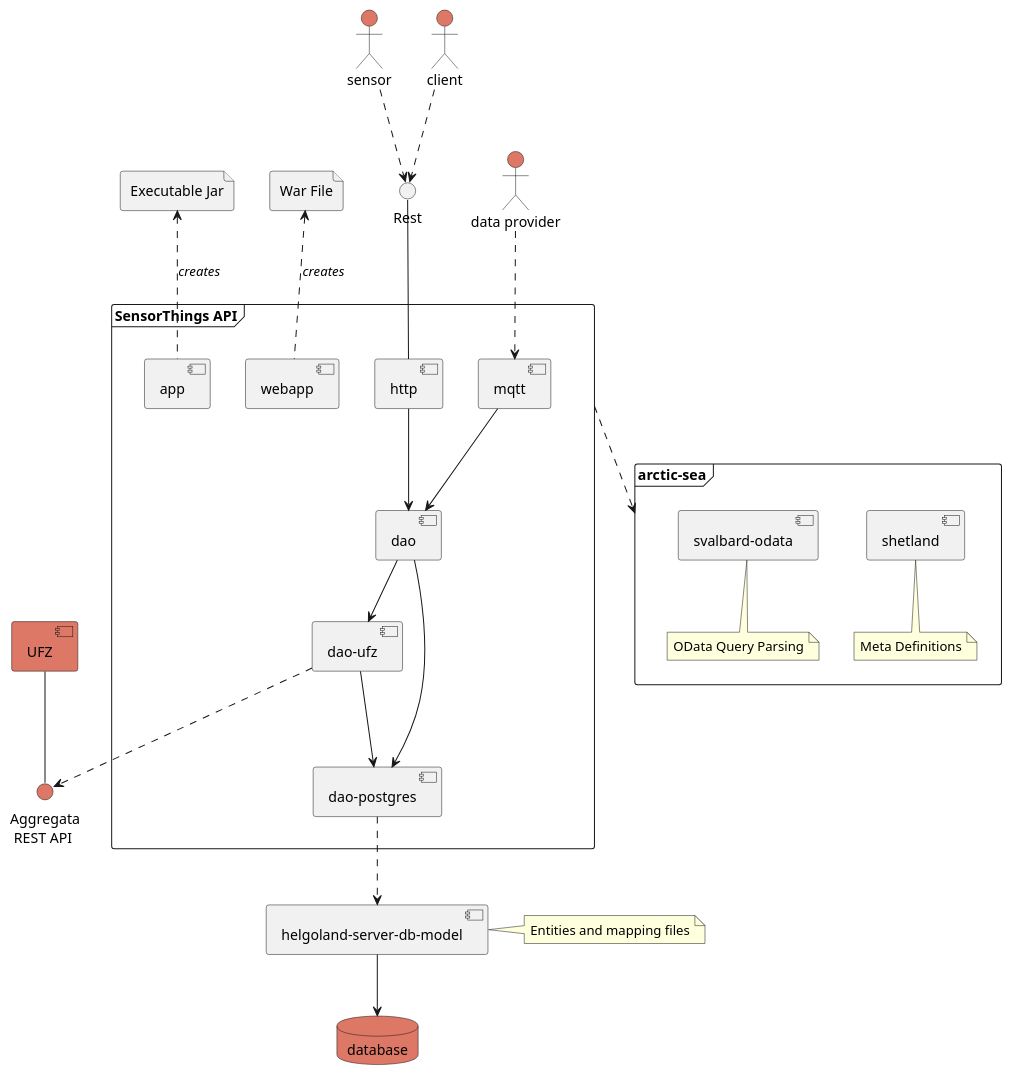
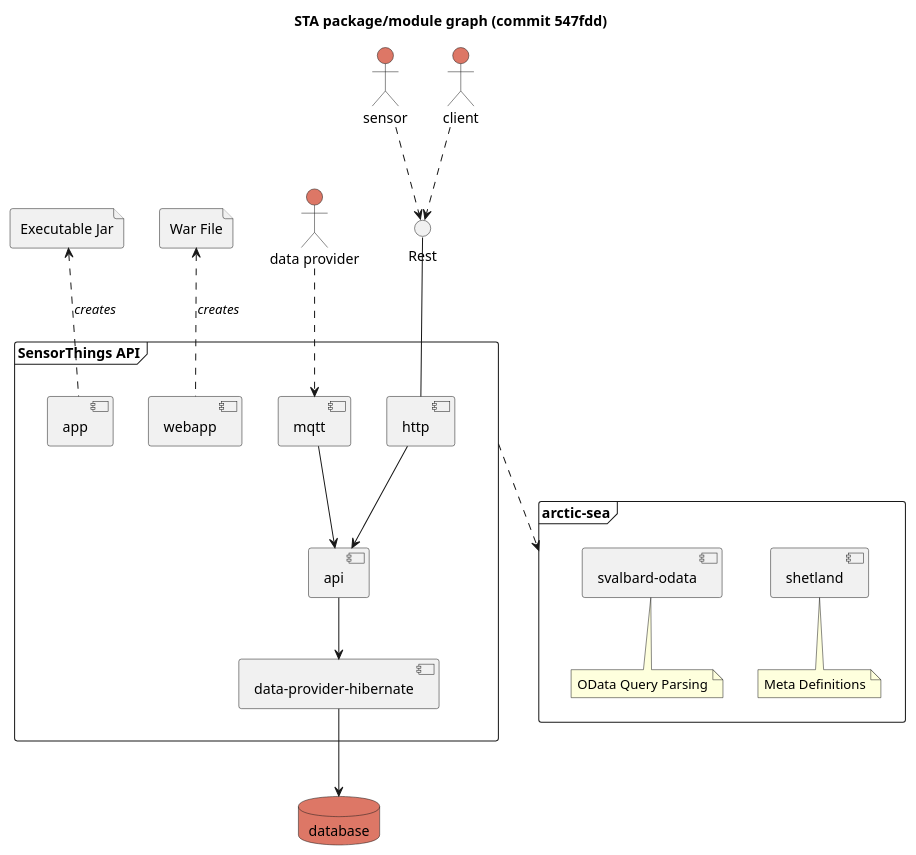
Before and after one commit to 52North/sensorweb-server-sta: the diagram in docs/diagrams/context-detailed.puml, drawn with PlantUML. The commit also changed 4 other files, not shown here.

Commit message:
[docs] update puml diagrams

```diff
--- a/docs/diagrams/context-detailed.puml
+++ b/docs/diagrams/context-detailed.puml
@@ -1,66 +1,58 @@
 @startuml Detailed Context
+
+title STA package/module graph (commit 547fdd)
+
 
 file "War File" as war
 file "Executable Jar" as jar
+
+database database #dd7766
 
 frame "SensorThings API" as sta {
     together {
         [mqtt]
         [http]
     }
     
     together {
-        [dao]
-        [dao-postgres] as daopg
-        [dao-ufz] as daoufz
+        [api]
+        [data-provider-hibernate] as dph
     }
 
     together {
         [app]
         [webapp]
     }
+
     webapp .up.> war : //creates//
     app .up.> jar : //creates//
-    http --> dao
-    mqtt --> dao
+    http --> api
+    mqtt --> api
+
+
+    api --> dph
+    dph --> database
 }
 
 frame "arctic-sea" as arcticsea {
     [shetland] as shetland
     note bottom of shetland : Meta Definitions
 
     [svalbard-odata] as svalbard
     note bottom of svalbard : OData Query Parsing
 }
 
 actor "data provider" as data_provider #dd7766
 actor "sensor" as sensor #dd7766
 actor "client" as client #dd7766
 
 () Rest as sta_api
 sta ..> arcticsea
 http -up- sta_api
 
 client ..> sta_api
 sensor ..> sta_api
 
-[helgoland-server-db-model] as 52n_db_model
-note right of 52n_db_model: Entities and mapping files
-database database #dd7766
-
 data_provider .d.> mqtt
 
-52n_db_model --> database
-
-dao --> daopg
-dao --> daoufz
-daopg ..> 52n_db_model
-daoufz --> daopg
-
-[UFZ] as ufz #dd7766
-() "Aggregata\n REST API" as api #dd7766
-ufz -- api
-
-daoufz ..> api
-
 @enduml
```
